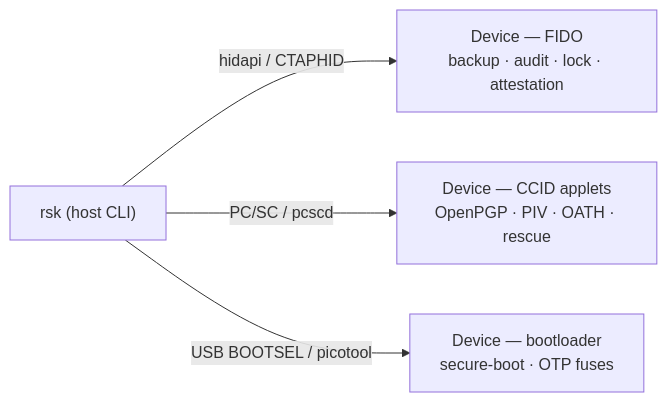
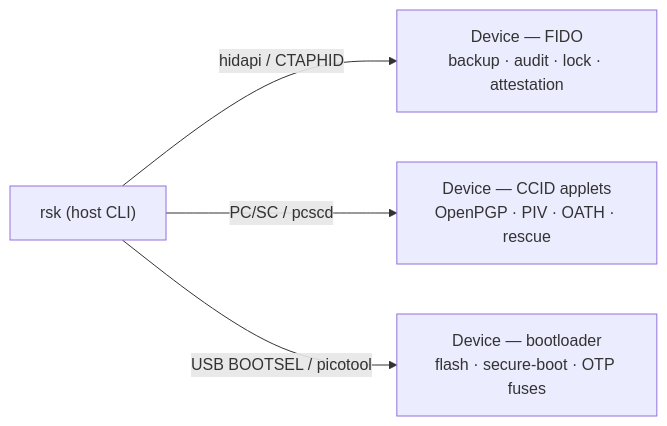
The diagram in docs/guides/cli.md (TheMaxMur/RS-Key), drawn with Mermaid before and after one commit. The commit also changed other lines of this file and 8 other files, not shown here.

````diff
--- a/docs/guides/cli.md
+++ b/docs/guides/cli.md
@@ -21,6 +21,6 @@
 ```mermaid
 flowchart LR
     cli["rsk (host CLI)"] -->|hidapi / CTAPHID| fido["Device — FIDO<br/>backup · audit · lock · attestation"]
     cli -->|PC/SC / pcscd| ccid["Device — CCID applets<br/>OpenPGP · PIV · OATH · rescue"]
-    cli -->|USB BOOTSEL / picotool| boot["Device — bootloader<br/>secure-boot · OTP fuses"]
+    cli -->|USB BOOTSEL / picotool| boot["Device — bootloader<br/>flash · secure-boot · OTP fuses"]
 ```
````
